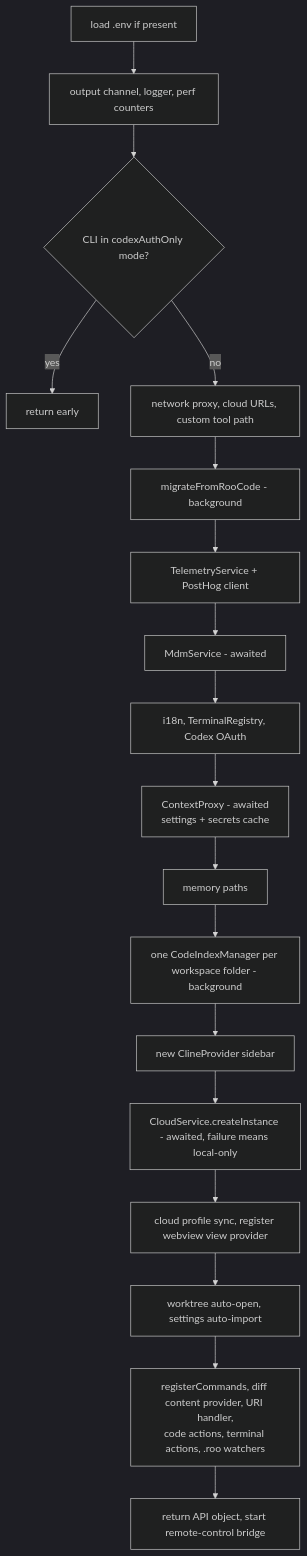
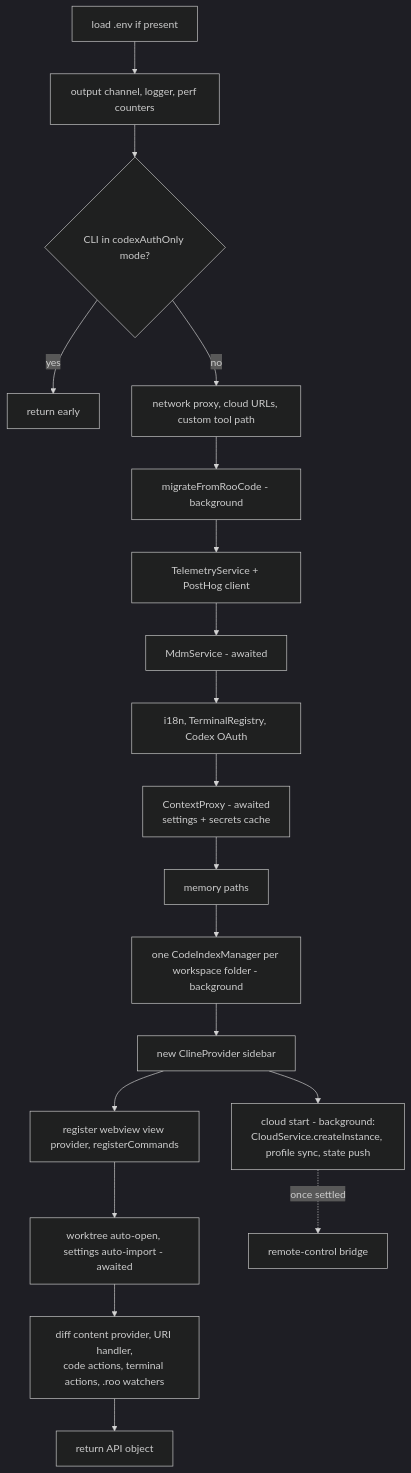
Before and after one commit to krzychdre/Tumble-Code: the first of 3 diagrams in docs/02-extension-host.md, drawn with Mermaid (dark theme). The commit also changed other lines of this file and 13 other files, not shown here.

First line of the commit message:
P9: register commands and the webview before the cloud starts (#564)

````diff
--- a/docs/02-extension-host.md
+++ b/docs/02-extension-host.md
@@ -11,20 +11,21 @@
 ```mermaid
 flowchart TD
   A[load .env if present] --> B[output channel, logger, perf counters]
   B --> C{CLI in codexAuthOnly mode?}
   C -- yes --> Z[return early]
   C -- no --> D[network proxy, cloud URLs, custom tool path]
   D --> E[migrateFromRooCode - background]
   E --> F[TelemetryService + PostHog client]
   F --> G[MdmService - awaited]
   G --> H[i18n, TerminalRegistry, Codex OAuth]
   H --> I[ContextProxy - awaited<br/>settings + secrets cache]
   I --> J[memory paths]
   J --> K[one CodeIndexManager per workspace folder - background]
   K --> L[new ClineProvider sidebar]
-  L --> M[CloudService.createInstance - awaited, failure means local-only]
-  M --> N[cloud profile sync, register webview view provider]
-  N --> O[worktree auto-open, settings auto-import]
-  O --> P[registerCommands, diff content provider, URI handler,<br/>code actions, terminal actions, .roo watchers]
-  P --> Q[return API object, start remote-control bridge]
+  L --> M[cloud start - background:<br/>CloudService.createInstance, profile sync, state push]
+  L --> N[register webview view provider, registerCommands]
+  N --> O[worktree auto-open, settings auto-import - awaited]
+  O --> P[diff content provider, URI handler,<br/>code actions, terminal actions, .roo watchers]
+  P --> Q[return API object]
+  M -. once settled .-> R[remote-control bridge]
 ```
````
